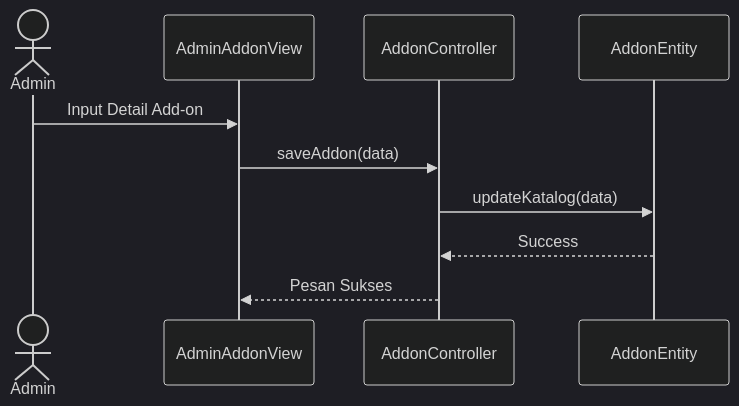
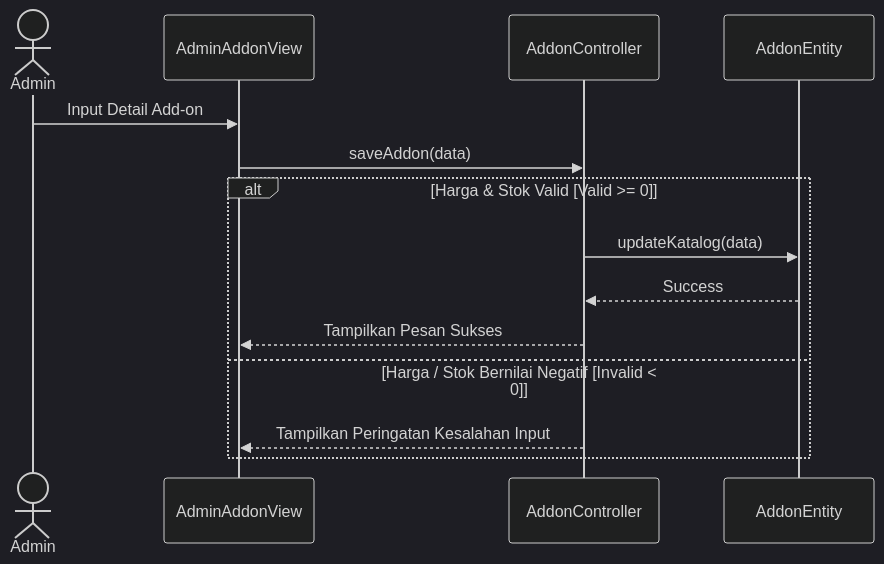
One commit to impal-kelompok-4/pos-tiket-standup changed diagram 17 of 27 in docs/Tugas 1 - DPPL SISTEM PEMESANAN TIKET.md. Above: the diagram before and after it, drawn with Mermaid (dark theme). The commit also changed other lines of this file and 28 other files, not shown here.

````diff
--- a/docs/Tugas 1 - DPPL SISTEM PEMESANAN TIKET.md
+++ b/docs/Tugas 1 - DPPL SISTEM PEMESANAN TIKET.md
@@ -697,12 +731,16 @@
 ```mermaid
 sequenceDiagram
     actor Admin
     participant AdminAddonView
     participant AddonController
     participant AddonEntity
     Admin->>AdminAddonView: Input Detail Add-on
     AdminAddonView->>AddonController: saveAddon(data)
-    AddonController->>AddonEntity: updateKatalog(data)
-    AddonEntity-->>AddonController: Success
-    AddonController-->>AdminAddonView: Pesan Sukses
+    alt Harga & Stok Valid [Valid >= 0]
+        AddonController->>AddonEntity: updateKatalog(data)
+        AddonEntity-->>AddonController: Success
+        AddonController-->>AdminAddonView: Tampilkan Pesan Sukses
+    else Harga / Stok Bernilai Negatif [Invalid < 0]
+        AddonController-->>AdminAddonView: Tampilkan Peringatan Kesalahan Input
+    end
 ```
````
